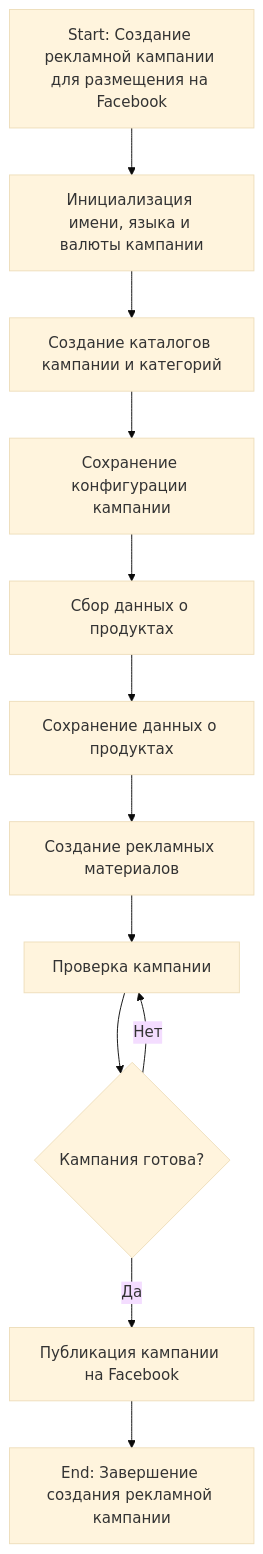
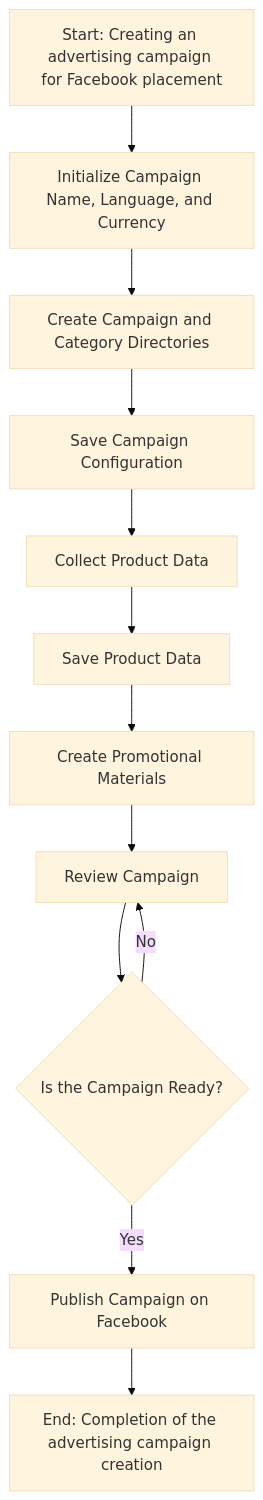
One commit to hypo69/hypotez changed the first of 2 diagrams in docs/ru/src/suppliers/aliexpress/campaign/README.MD.md. Above: the diagram before and after it, drawn with Mermaid (base theme). The commit also changed other lines of this file and 1431 other files, not shown here.

````diff
--- a/docs/ru/src/suppliers/aliexpress/campaign/README.MD.md
+++ b/docs/ru/src/suppliers/aliexpress/campaign/README.MD.md
@@ -15,14 +13,14 @@
 ```mermaid
 flowchart TD
-    A[Start: Создание рекламной кампании для размещения на Facebook] --> B[Инициализация имени, языка и валюты кампании]
-    B --> C[Создание каталогов кампании и категорий]
-    C --> D[Сохранение конфигурации кампании]
-    D --> E[Сбор данных о продуктах]
-    E --> F[Сохранение данных о продуктах]
-    F --> G[Создание рекламных материалов]
-    G --> H[Проверка кампании]
-    H --> I{Кампания готова?}
-    I -- Да --> J[Публикация кампании на Facebook]
-    I -- Нет --> H
-    J --> K[End: Завершение создания рекламной кампании]
+    A[Start: Creating an advertising campaign for Facebook placement] --> B[Initialize Campaign Name, Language, and Currency]
+    B --> C[Create Campaign and Category Directories]
+    C --> D[Save Campaign Configuration]
+    D --> E[Collect Product Data]
+    E --> F[Save Product Data]
+    F --> G[Create Promotional Materials]
+    G --> H[Review Campaign]
+    H --> I{Is the Campaign Ready?}
+    I -- Yes --> J[Publish Campaign on Facebook]
+    I -- No --> H
+    J --> K[End: Completion of the advertising campaign creation]
 ```
````
